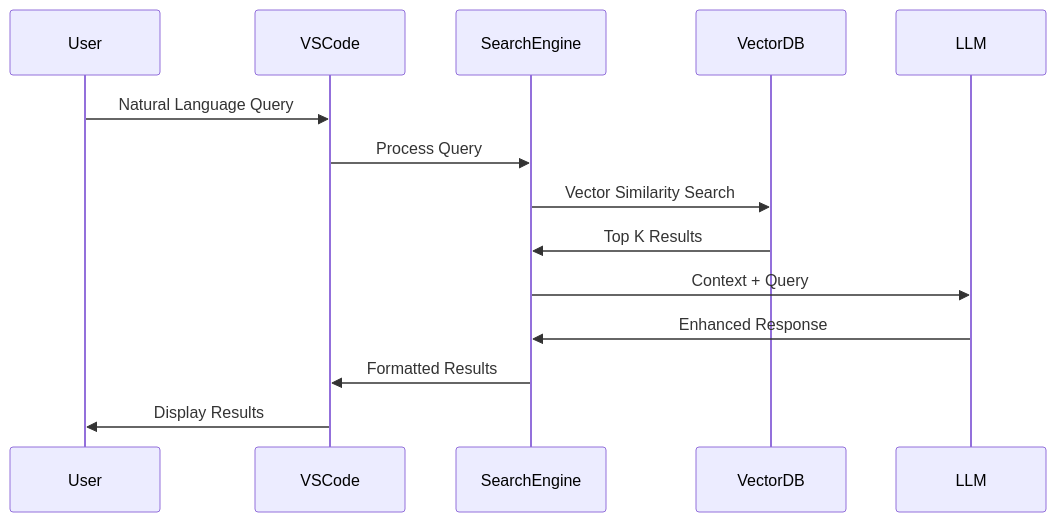
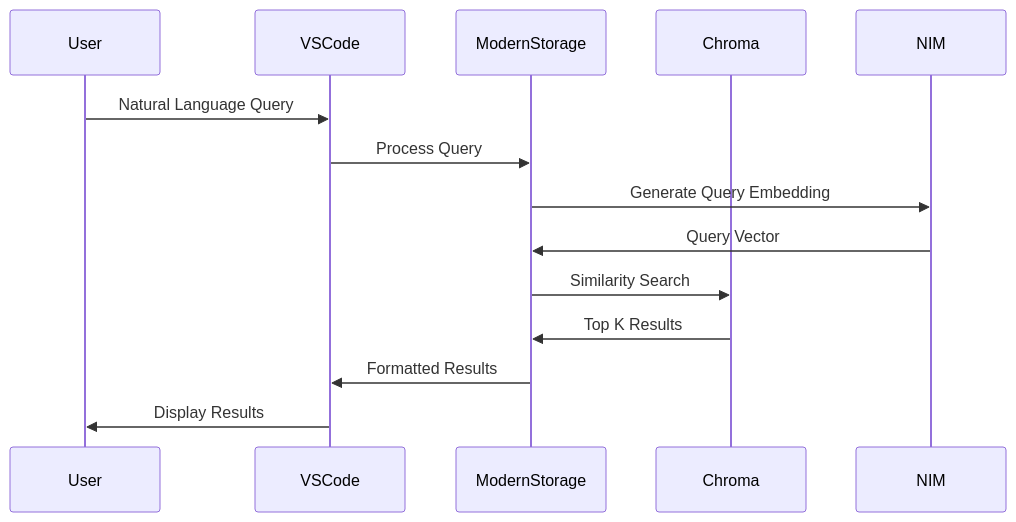
One commit to louisfghbvc/CppSeek changed the third of 3 diagrams in memory-bank/systemPatterns.md. Above: the diagram before and after it, drawn with Mermaid. The commit also changed other lines of this file and 28 other files, not shown here.

````diff
--- a/memory-bank/systemPatterns.md
+++ b/memory-bank/systemPatterns.md
@@ -103,17 +106,17 @@
 ```mermaid
 sequenceDiagram
     participant User
     participant VSCode
-    participant SearchEngine
-    participant VectorDB
-    participant LLM
+    participant ModernStorage
+    participant Chroma
+    participant NIM
     
     User->>VSCode: Natural Language Query
-    VSCode->>SearchEngine: Process Query
-    SearchEngine->>VectorDB: Vector Similarity Search
-    VectorDB->>SearchEngine: Top K Results
-    SearchEngine->>LLM: Context + Query
-    LLM->>SearchEngine: Enhanced Response
-    SearchEngine->>VSCode: Formatted Results
+    VSCode->>ModernStorage: Process Query
+    ModernStorage->>NIM: Generate Query Embedding
+    NIM->>ModernStorage: Query Vector
+    ModernStorage->>Chroma: Similarity Search
+    Chroma->>ModernStorage: Top K Results
+    ModernStorage->>VSCode: Formatted Results
     VSCode->>User: Display Results
 ```
````
